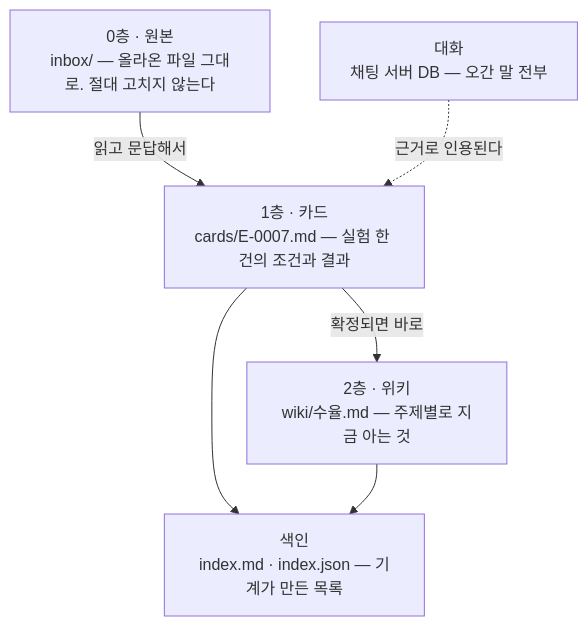
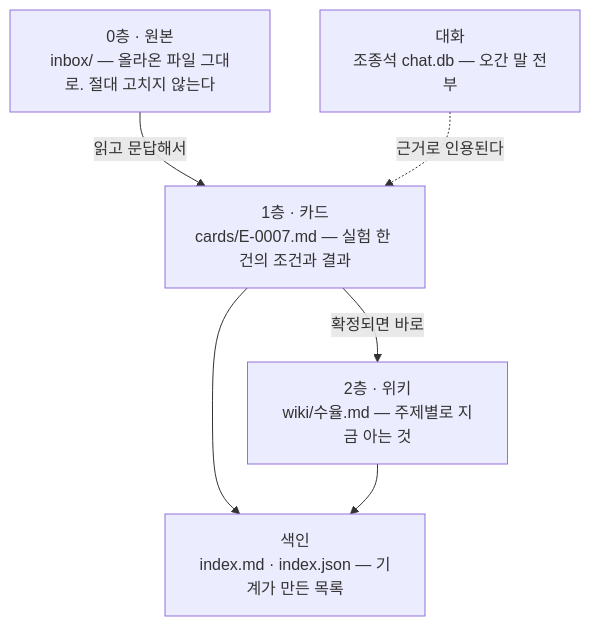
Before and after one commit to bjw202/prodev: the fourth of 17 diagrams in README.md, drawn with Mermaid. The commit also changed other lines of this file, not shown here.

````diff
--- a/README.md
+++ b/README.md
@@ -201,14 +198,14 @@
 ```mermaid
 flowchart TB
     L0["0층 · 원본<br/>inbox/ — 올라온 파일 그대로. 절대 고치지 않는다"]
     L1["1층 · 카드<br/>cards/E-0007.md — 실험 한 건의 조건과 결과"]
     L2["2층 · 위키<br/>wiki/수율.md — 주제별로 지금 아는 것"]
     LI["색인<br/>index.md · index.json — 기계가 만든 목록"]
-    LC["대화<br/>채팅 서버 DB — 오간 말 전부"]
+    LC["대화<br/>조종석 chat.db — 오간 말 전부"]
 
     L0 -->|"읽고 문답해서"| L1
     L1 -->|"확정되면 바로"| L2
     L1 --> LI
     L2 --> LI
     LC -.->|"근거로 인용된다"| L1
 ```
````
